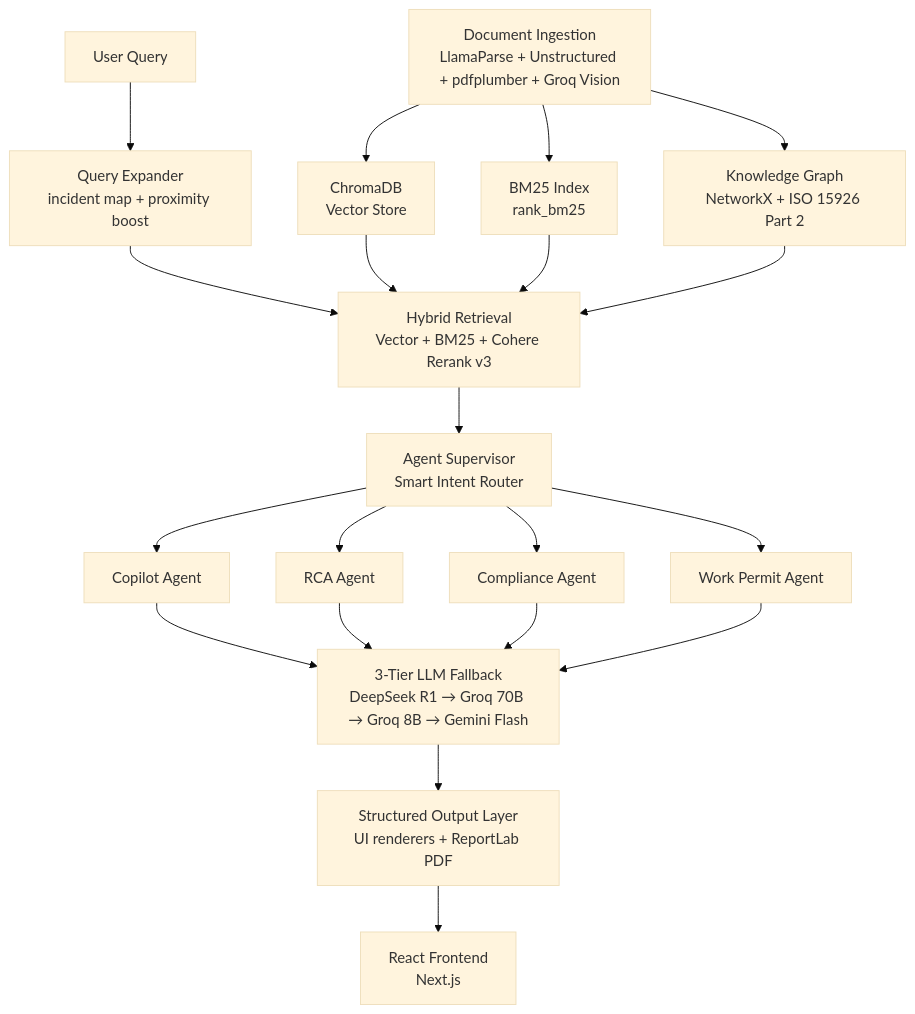
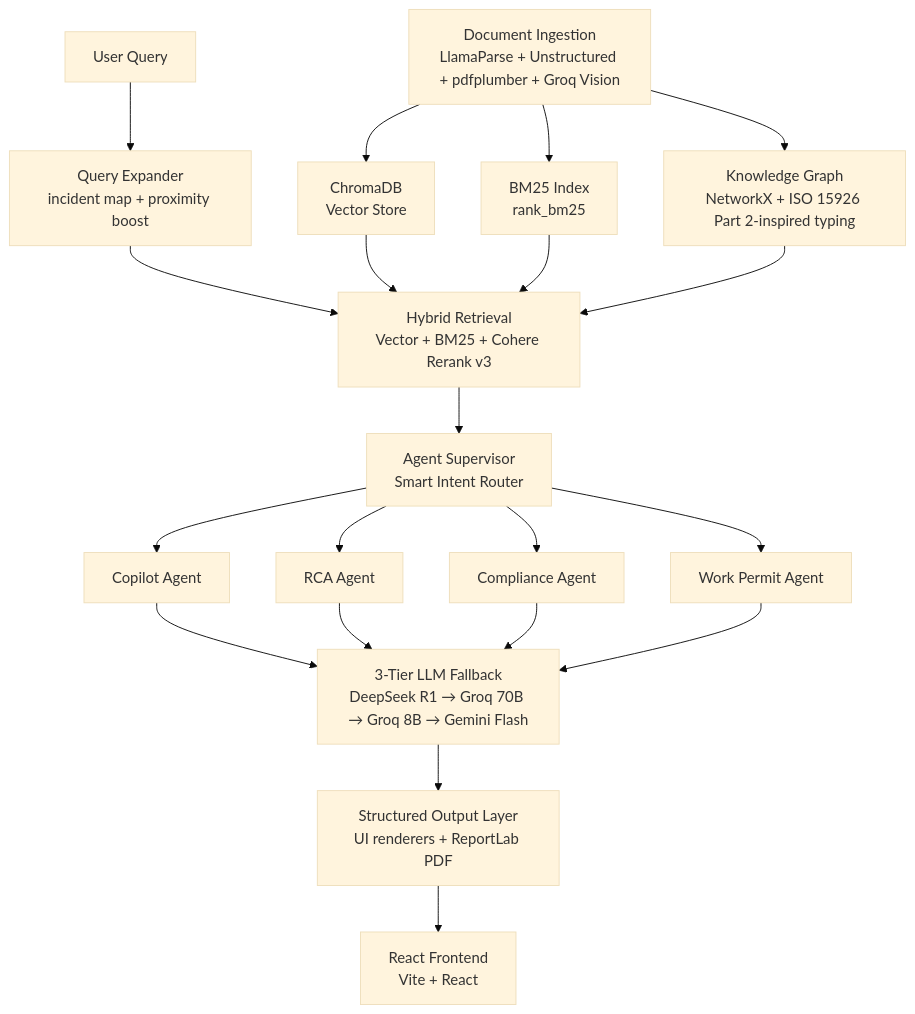
Before and after one commit to mark392a-ux/IndustrialMind: the diagram in docs/ARCHITECTURE.md, drawn with Mermaid (base theme). The commit also changed other lines of this file, not shown here.

````diff
--- a/docs/ARCHITECTURE.md
+++ b/docs/ARCHITECTURE.md
@@ -16,22 +16,22 @@
 ```mermaid
 graph TD
     A[Document Ingestion<br/>LlamaParse + Unstructured + pdfplumber + Groq Vision] --> B[ChromaDB<br/>Vector Store]
     A --> C[BM25 Index<br/>rank_bm25]
-    A --> D[Knowledge Graph<br/>NetworkX + ISO 15926 Part 2]
+    A --> D[Knowledge Graph<br/>NetworkX + ISO 15926 Part 2-inspired typing]
 
     E[User Query] --> F[Query Expander<br/>incident map + proximity boost]
     F --> G[Hybrid Retrieval<br/>Vector + BM25 + Cohere Rerank v3]
     B --> G
     C --> G
     D --> G
     G --> H[Agent Supervisor<br/>Smart Intent Router]
 
     H --> I[Copilot Agent]
     H --> J[RCA Agent]
     H --> K[Compliance Agent]
     H --> L[Work Permit Agent]
 
     I & J & K & L --> M[3-Tier LLM Fallback<br/>DeepSeek R1 → Groq 70B → Groq 8B → Gemini Flash]
     M --> N[Structured Output Layer<br/>UI renderers + ReportLab PDF]
-    N --> O[React Frontend<br/>Next.js]
+    N --> O[React Frontend<br/>Vite + React]
 ```
````
